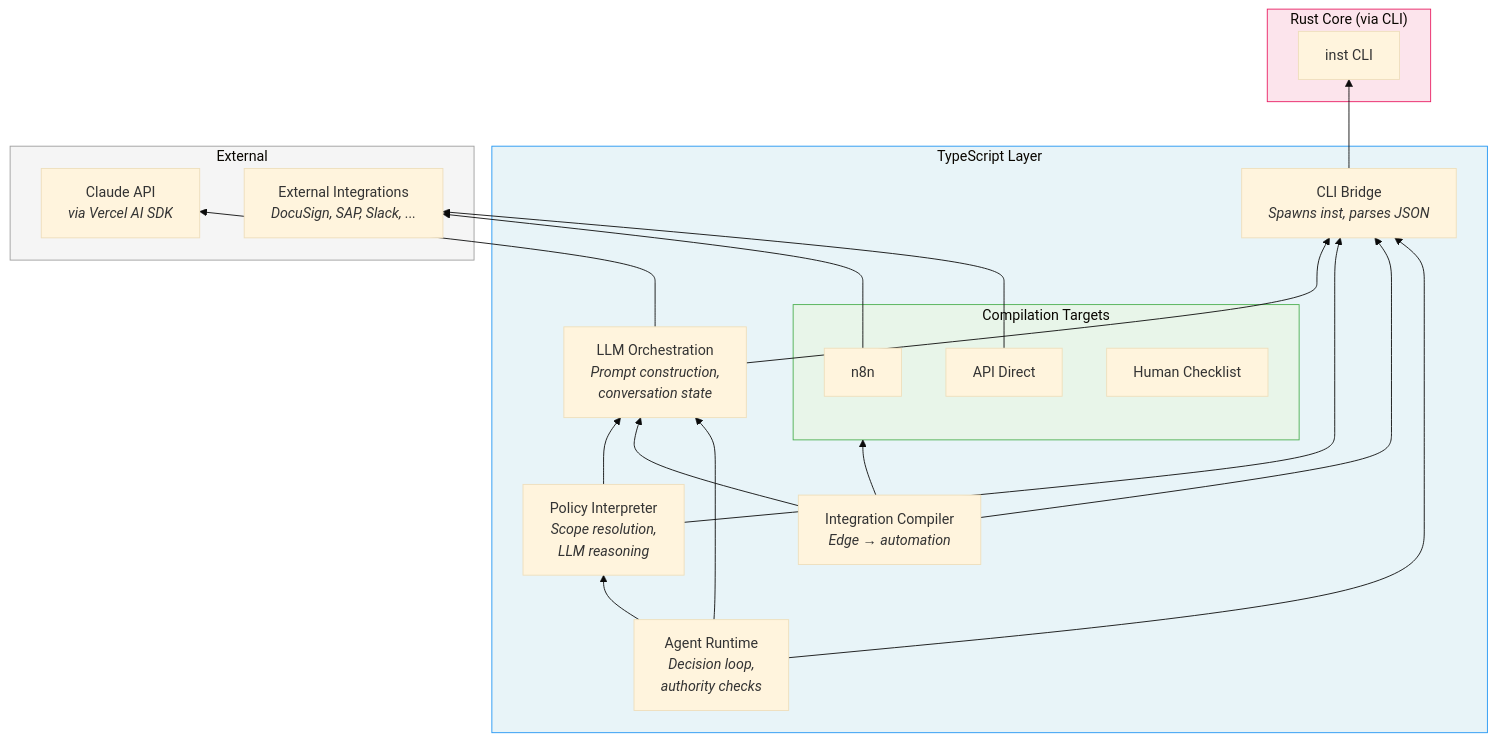
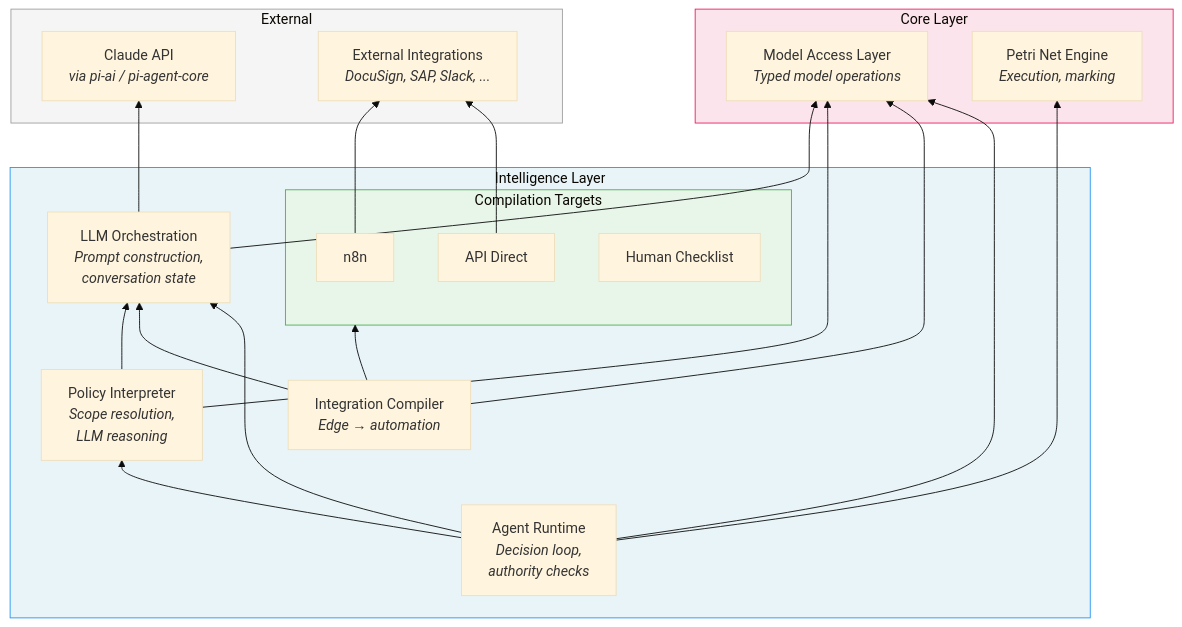
Before and after one commit to CyberHoward/cl-institute: diagram 13 of 13 in architecture-diagrams.md, drawn with Mermaid (base theme). The commit also changed other lines of this file and 101 other files, not shown here.

````diff
--- a/architecture-diagrams.md
+++ b/architecture-diagrams.md
@@ -541,45 +539,45 @@
 ```mermaid
 graph BT
-    subgraph rust["Rust Core (via CLI)"]
-        cli["inst CLI"]
+    subgraph core["Core Layer"]
+        access["Model Access Layer<br/><i>Typed model operations</i>"]
+        engine["Petri Net Engine<br/><i>Execution, marking</i>"]
     end
 
-    subgraph ts["TypeScript Layer"]
-        bridge["CLI Bridge<br/><i>Spawns inst, parses JSON</i>"]
+    subgraph ts["Intelligence Layer"]
         orch["LLM Orchestration<br/><i>Prompt construction,<br/>conversation state</i>"]
         pi["Policy Interpreter<br/><i>Scope resolution,<br/>LLM reasoning</i>"]
         ic["Integration Compiler<br/><i>Edge → automation</i>"]
         agent["Agent Runtime<br/><i>Decision loop,<br/>authority checks</i>"]
 
         subgraph targets["Compilation Targets"]
             n8n["n8n"]
             api["API Direct"]
             checklist["Human Checklist"]
         end
     end
 
-    bridge --> cli
-    orch --> bridge
-    pi --> bridge
+    orch --> access
+    pi --> access
     pi --> orch
-    ic --> bridge
+    ic --> access
     ic --> orch
     ic --> targets
-    agent --> bridge
+    agent --> access
+    agent --> engine
     agent --> orch
     agent --> pi
 
     subgraph ext["External"]
-        claude["Claude API<br/><i>via Vercel AI SDK</i>"]
+        claude["Claude API<br/><i>via pi-ai / pi-agent-core</i>"]
         integrations["External Integrations<br/><i>DocuSign, SAP, Slack, ...</i>"]
     end
 
     orch --> claude
     n8n --> integrations
     api --> integrations
 
-    style rust fill:#fce4ec,stroke:#e91e63
+    style core fill:#fce4ec,stroke:#e91e63
     style ts fill:#e8f4f8,stroke:#2196F3
     style targets fill:#e8f5e9,stroke:#4caf50
     style ext fill:#f5f5f5,stroke:#9e9e9e
 ```
````
